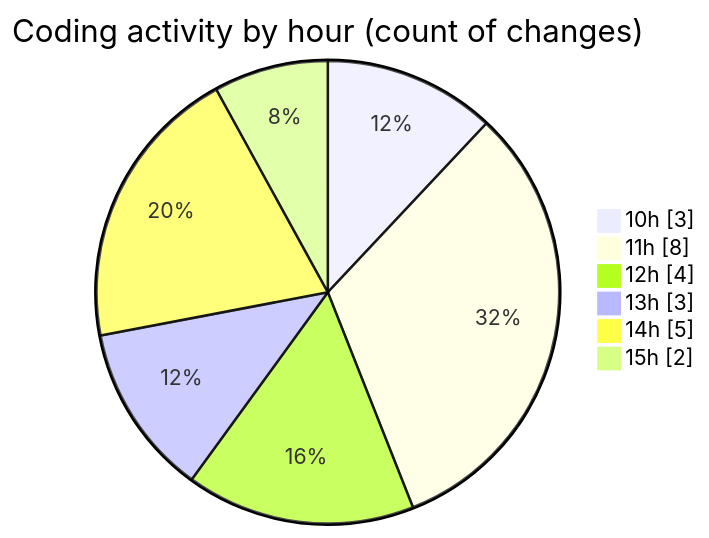
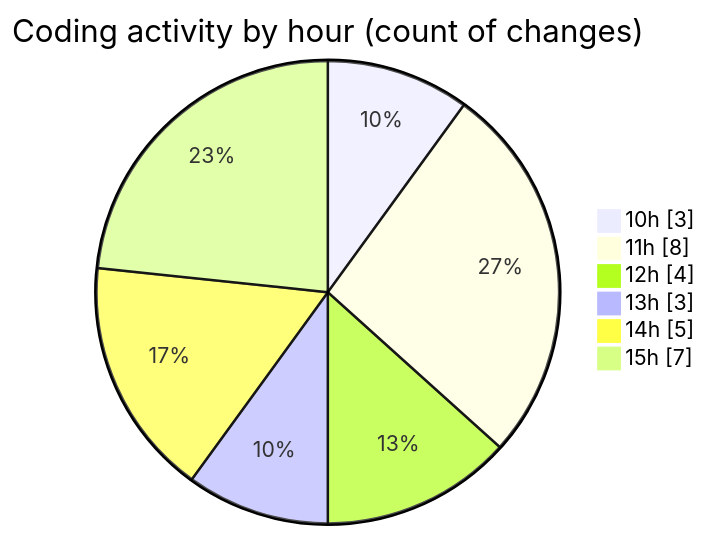
Before and after one commit to nxtqubesakshisongat/code-tracking: the second of 2 diagrams in 2025-11-07/nxtqube_webapp/README.md, drawn with Mermaid. The commit also changed other lines of this file and 1 other file, not shown here.

````diff
--- a/2025-11-07/nxtqube_webapp/README.md
+++ b/2025-11-07/nxtqube_webapp/README.md
@@ -36,10 +36,10 @@
 ```mermaid
 pie showData
 title Coding activity by hour (count of changes)
 "10h" : 3
 "11h" : 8
 "12h" : 4
 "13h" : 3
 "14h" : 5
-"15h" : 2
+"15h" : 7
 ```
````
